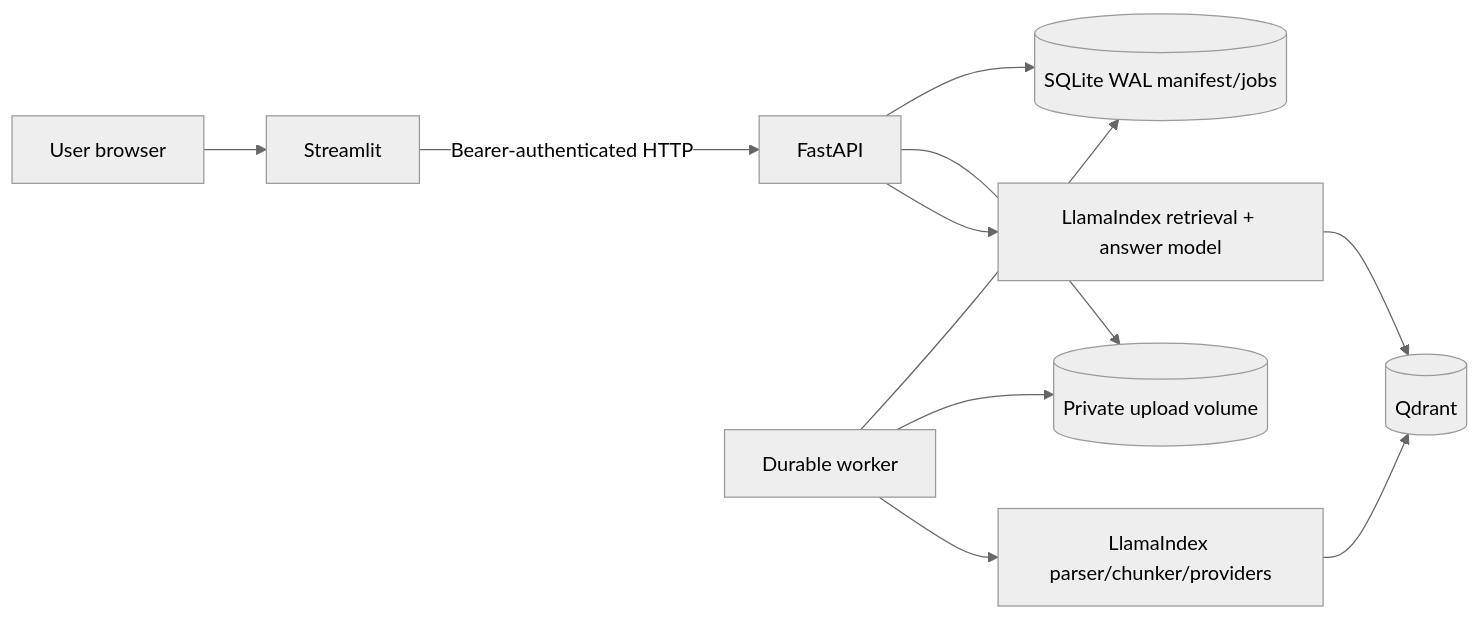
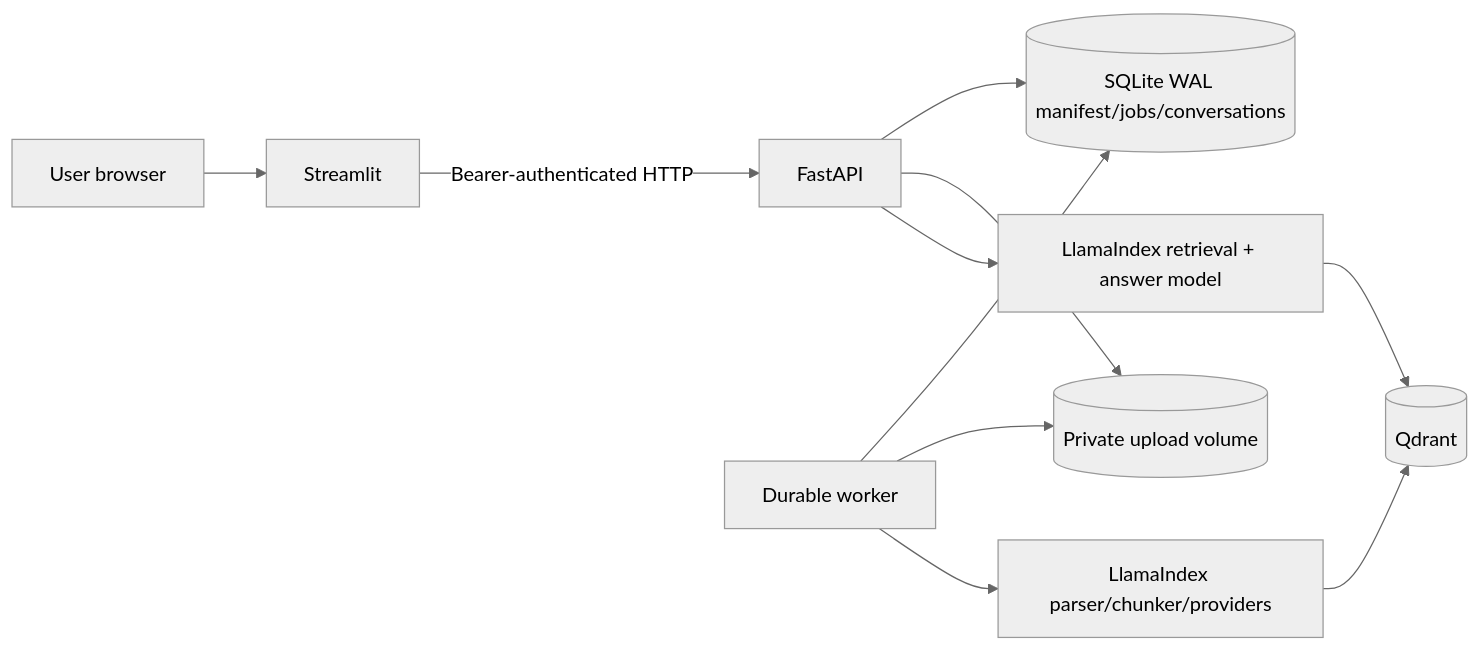
Before and after one commit to ownasquare/personal-rag-system: the diagram in docs/architecture.md, drawn with Mermaid (neutral theme). The commit also changed other lines of this file and 27 other files, not shown here.

````diff
--- a/docs/architecture.md
+++ b/docs/architecture.md
@@ -23,13 +23,13 @@
 ```mermaid
 flowchart LR
   U["User browser"] --> UI["Streamlit"]
   UI -->|"Bearer-authenticated HTTP"| API["FastAPI"]
-  API --> DB[("SQLite WAL manifest/jobs")]
+  API --> DB[("SQLite WAL manifest/jobs/conversations")]
   API --> RAW[("Private upload volume")]
   W["Durable worker"] --> DB
   W --> RAW
   W --> LI["LlamaIndex parser/chunker/providers"]
   LI --> C[("Qdrant")]
   API --> R["LlamaIndex retrieval + answer model"]
   R --> C
 ```
````
